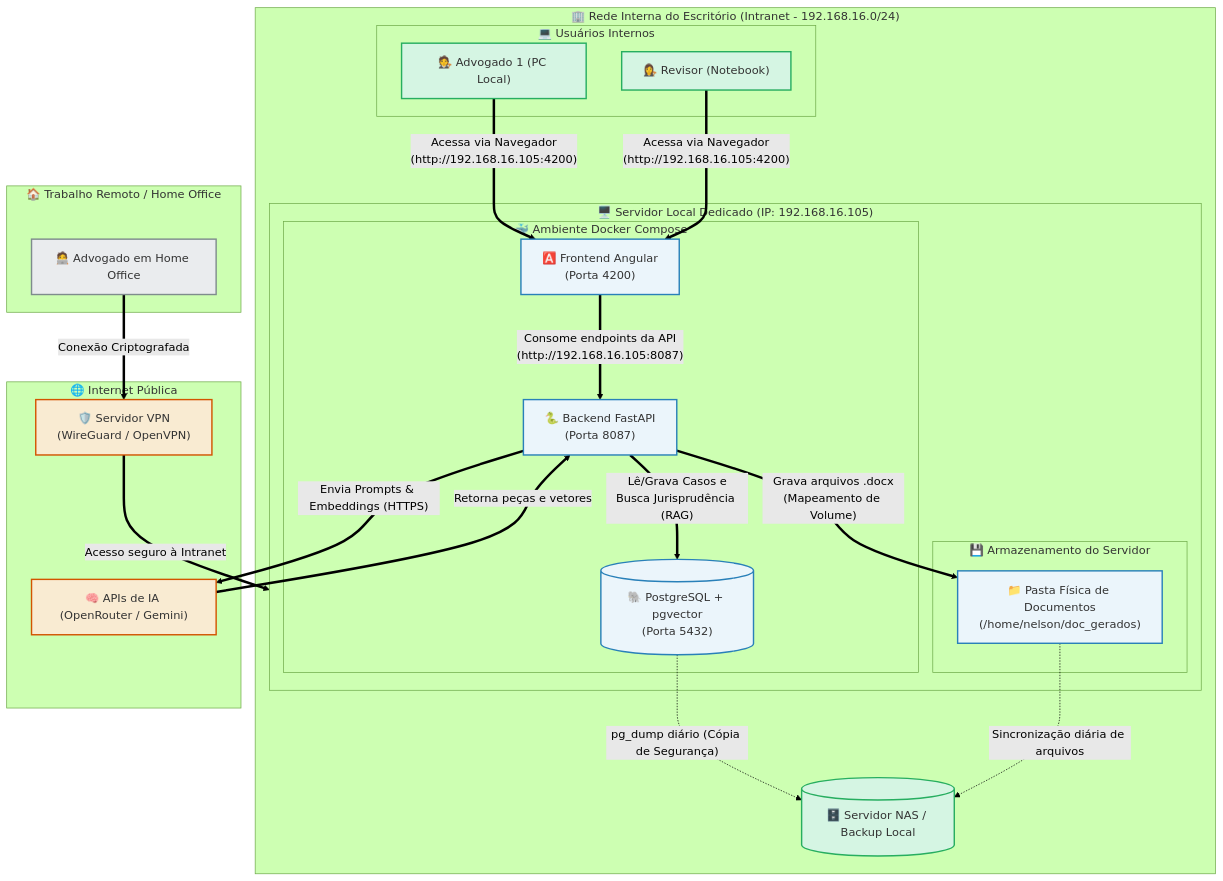
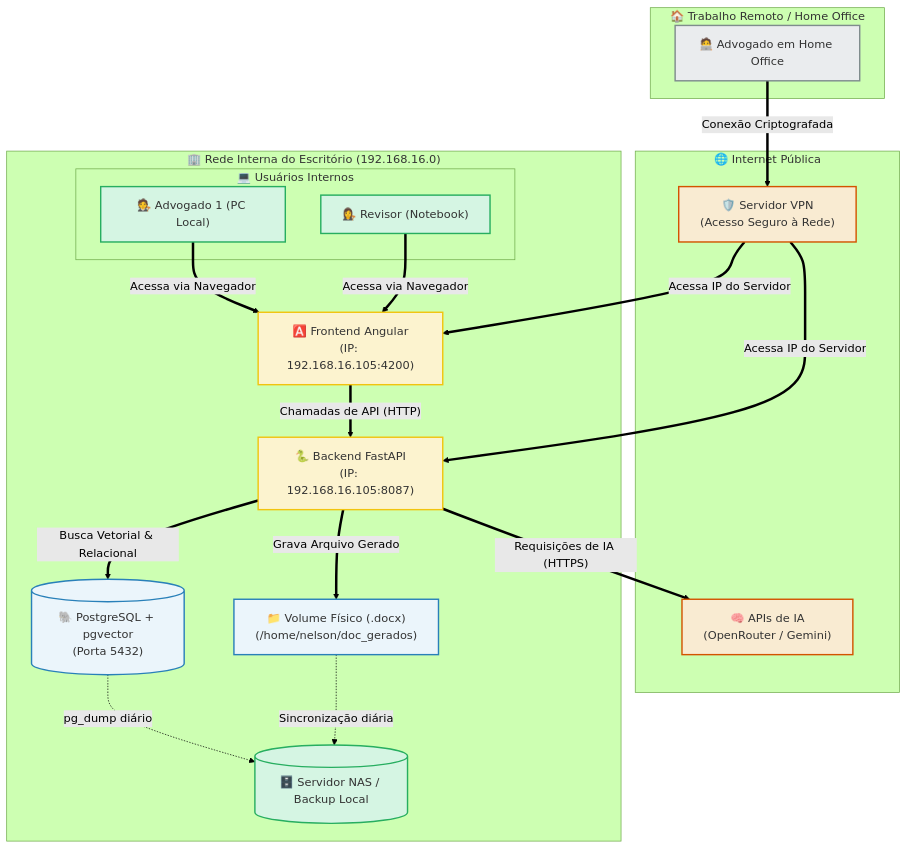
One commit to nsouzarj/juridicoia changed the second of 3 diagrams in README.md. Above: the diagram before and after it, drawn with Mermaid (forest theme).

````diff
--- a/README.md
+++ b/README.md
@@ -313,67 +313,56 @@
 ```mermaid
 flowchart TD
     %% Define Styles para melhor estética visual
     classDef remote fill:#eaecee,stroke:#7f8c8d,stroke-width:2px,color:#333;
     classDef server fill:#fcf3cf,stroke:#f1c40f,stroke-width:2px,color:#333;
     classDef container fill:#ebf5fb,stroke:#2980b9,stroke-width:2px,color:#333;
     classDef external fill:#f9ebd2,stroke:#d35400,stroke-width:2px,color:#333;
     classDef local fill:#d5f5e3,stroke:#27ae60,stroke-width:2px,color:#333;
 
     %% Conexões Remotas
     subgraph RemoteHome ["🏠 Trabalho Remoto / Home Office"]
         RU["🧑‍💻 Advogado em Home Office"]:::remote
     end
 
+    %% Internet e Serviços Externos
+    subgraph PublicNet ["🌐 Internet Pública"]
+        VPN["🛡️ Servidor VPN\n(Acesso Seguro à Rede)"]:::external
+        AI["🧠 APIs de IA\n(OpenRouter / Gemini)"]:::external
+    end
+
     %% Rede Interna do Escritório
-    subgraph OfficeNet ["🏢 Rede Interna do Escritório (Intranet - 192.168.16.0/24)"]
+    subgraph OfficeNet ["🏢 Rede Interna do Escritório (192.168.16.0)"]
         
         %% Usuários locais
         subgraph LocalUsers ["💻 Usuários Internos"]
             LU1["🧑‍⚖️ Advogado 1 (PC Local)"]:::local
             LU2["👩‍⚖️ Revisor (Notebook)"]:::local
         end
 
-        %% Servidor Local Dedicado
-        subgraph LocalServer ["🖥️ Servidor Local Dedicado (IP: 192.168.16.105)"]
-            
-            subgraph DockerCompose ["🐳 Ambiente Docker Compose"]
-                FE["🅰️ Frontend Angular\n(Porta 4200)"]:::container
-                BE["🐍 Backend FastAPI\n(Porta 8087)"]:::container
-                DB[("🐘 PostgreSQL + pgvector\n(Porta 5432)")]:::container
-            end
-
-            %% Armazenamento
-            subgraph DiskStorage ["💾 Armazenamento do Servidor"]
-                Vol["📁 Pasta Física de Documentos\n(/home/nelson/doc_gerados)"]:::container
-            end
-        end
-
-        %% Outros dispositivos locais
+        %% Containers rodando no Servidor local
+        FE["🅰️ Frontend Angular\n(IP: 192.168.16.105:4200)"]:::server
+        BE["🐍 Backend FastAPI\n(IP: 192.168.16.105:8087)"]:::server
+        DB[("🐘 PostgreSQL + pgvector\n(Porta 5432)")]:::container
+        Vol["📁 Volume Físico (.docx)\n(/home/nelson/doc_gerados)"]:::container
+        
+        %% Armazenamento de Backup
         NAS[("🗄️ Servidor NAS / Backup Local")]:::local
     end
 
-    %% Internet e Serviços Externos
-    subgraph PublicNet ["🌐 Internet Pública"]
-        VPN["🛡️ Servidor VPN\n(WireGuard / OpenVPN)"]:::external
-        AI["🧠 APIs de IA (OpenRouter / Gemini)"]:::external
-    end
-
-    %% Fluxos de Conexões e Roteamentos
+    %% Fluxos de Conexões (apenas entre Nós para evitar erros de renderização)
     RU == "Conexão Criptografada" ==> VPN
-    VPN == "Acesso seguro à Intranet" ==> LocalServer
+    VPN == "Acessa IP do Servidor" ==> FE
+    VPN == "Acessa IP do Servidor" ==> BE
     
-    LU1 == "Acessa via Navegador\n(http://192.168.16.105:4200)" ==> FE
-    LU2 == "Acessa via Navegador\n(http://192.168.16.105:4200)" ==> FE
+    LU1 == "Acessa via Navegador" ==> FE
+    LU2 == "Acessa via Navegador" ==> FE
     
-    FE == "Consome endpoints da API\n(http://192.168.16.105:8087)" ==> BE
-    BE == "Lê/Grava Casos e\nBusca Jurisprudência (RAG)" ==> DB
-    BE == "Grava arquivos .docx\n(Mapeamento de Volume)" ==> Vol
+    FE == "Chamadas de API (HTTP)" ==> BE
+    BE == "Busca Vetorial & Relacional" ==> DB
+    BE == "Grava Arquivo Gerado" ==> Vol
+    BE == "Requisições de IA (HTTPS)" ==> AI
     
     %% Conexões de Backup
-    DB -. "pg_dump diário (Cópia de Segurança)" .-> NAS
-    Vol -. "Sincronização diária de arquivos" .-> NAS
-    
-    %% Chamadas de IA externa
-    BE == "Envia Prompts & Embeddings (HTTPS)" ==> AI
-    AI == "Retorna peças e vetores" ==> BE
+    DB -. "pg_dump diário" .-> NAS
+    Vol -. "Sincronização diária" .-> NAS
 ```
````
